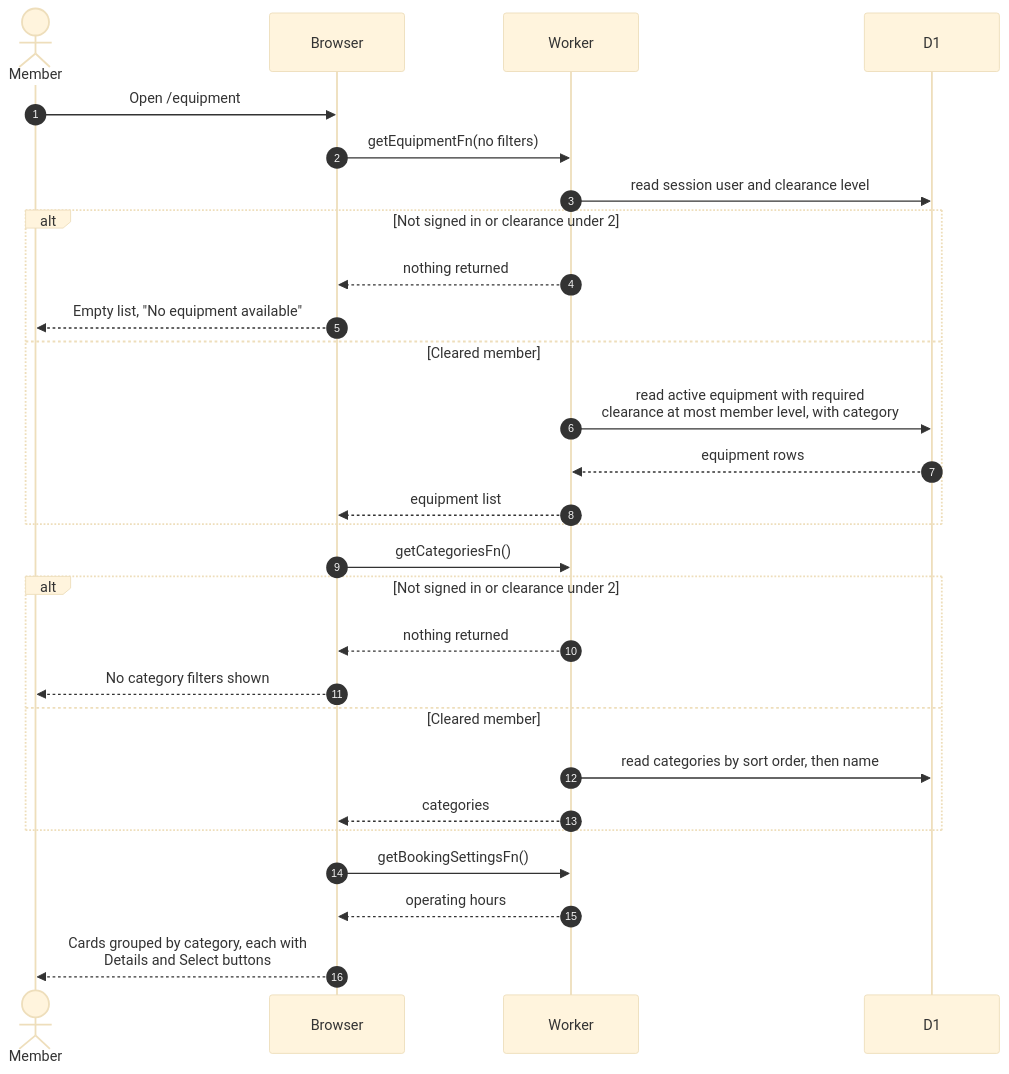
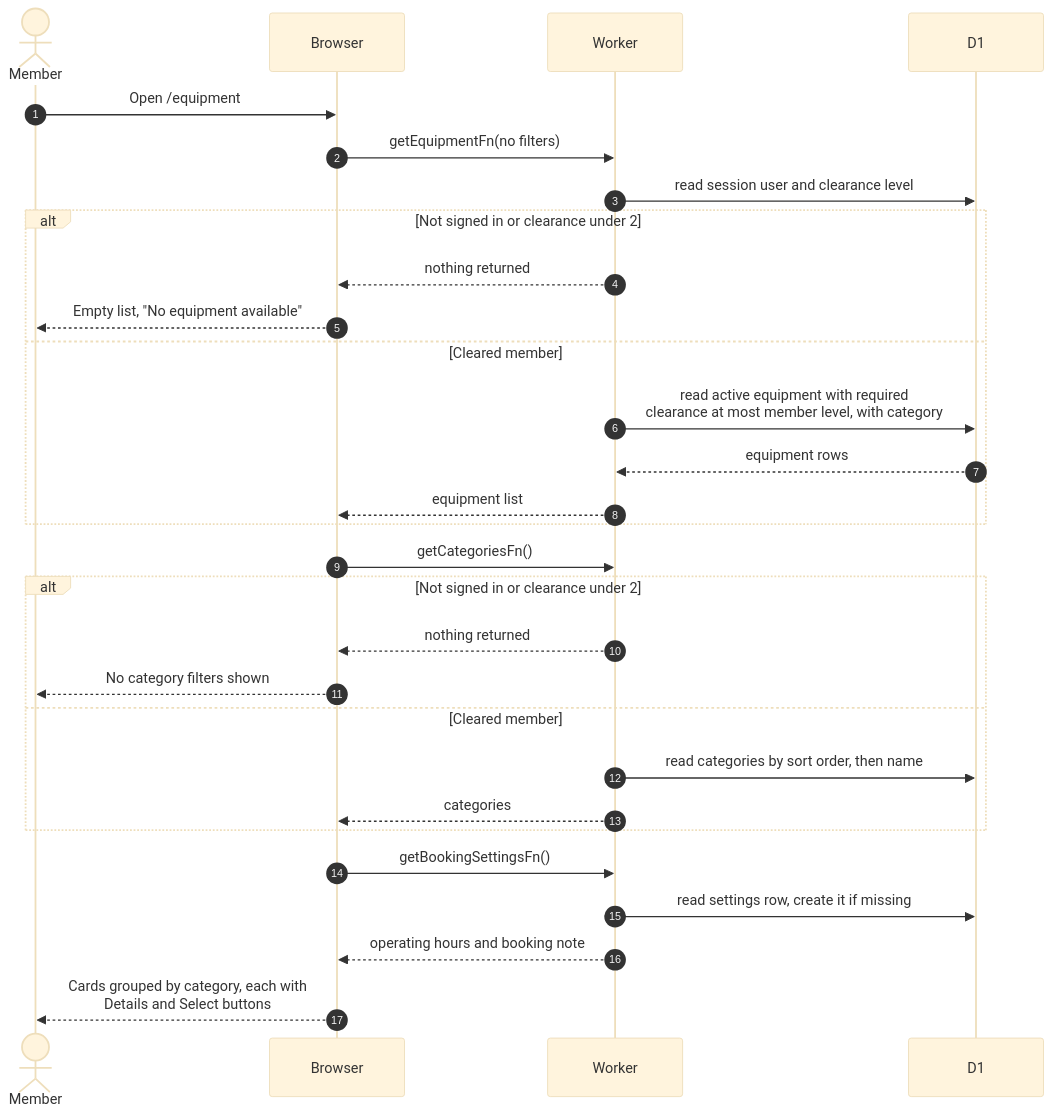
One commit to sagyzdop/meriksirat changed the diagram in docs/scenarios/equipment/load-equipment-page.md. Above: the diagram before and after it, drawn with Mermaid (base theme). The commit also changed other lines of this file and 10 other files, not shown here.

Commit message:
docs(scenarios): verify equipment diagrams against the code

````diff
--- a/docs/scenarios/equipment/load-equipment-page.md
+++ b/docs/scenarios/equipment/load-equipment-page.md
@@ -28,30 +31,31 @@
 ```mermaid
 sequenceDiagram
     autonumber
     actor M as Member
     participant B as Browser
     participant W as Worker
     participant D as D1
     M->>B: Open /equipment
     B->>W: getEquipmentFn(no filters)
     W->>D: read session user and clearance level
     alt Not signed in or clearance under 2
         W-->>B: nothing returned
         B-->>M: Empty list, "No equipment available"
     else Cleared member
         W->>D: read active equipment with required<br/>clearance at most member level, with category
         D-->>W: equipment rows
         W-->>B: equipment list
     end
     B->>W: getCategoriesFn()
     alt Not signed in or clearance under 2
         W-->>B: nothing returned
         B-->>M: No category filters shown
     else Cleared member
         W->>D: read categories by sort order, then name
         W-->>B: categories
     end
     B->>W: getBookingSettingsFn()
-    W-->>B: operating hours
+    W->>D: read settings row, create it if missing
+    W-->>B: operating hours and booking note
     B-->>M: Cards grouped by category, each with<br/>Details and Select buttons
 ```
````
